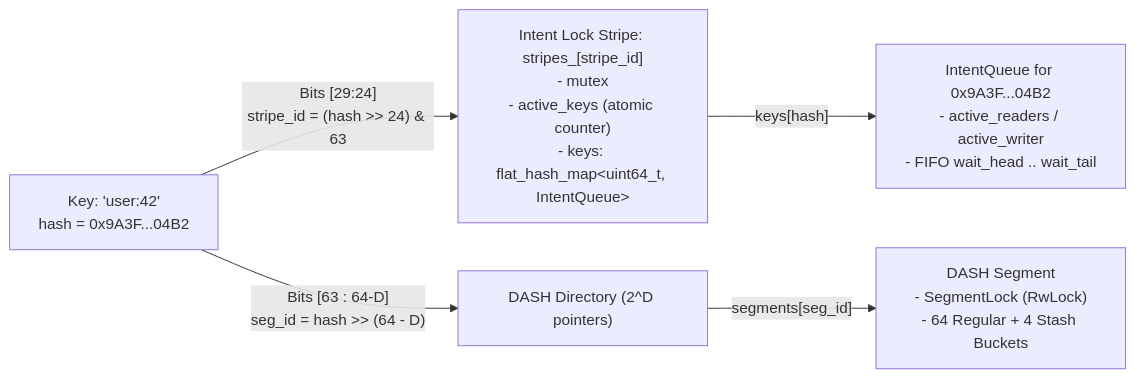
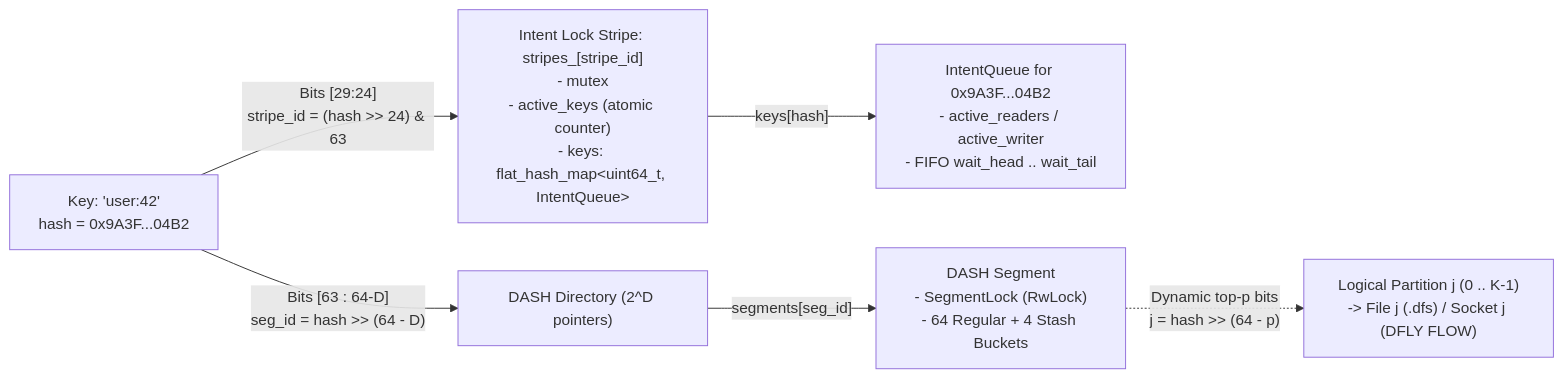
Before and after one commit to dragonflydb/dragonfly: the first of 10 diagrams in docs/share-everything-poc.md, drawn with Mermaid. The commit also changed other lines of this file, not shown here.

Commit message:
docs: add dynamic segment-based logical partitions for multi-file/socket sync

````diff
--- a/docs/share-everything-poc.md
+++ b/docs/share-everything-poc.md
@@ -33,9 +36,10 @@
 ```mermaid
 flowchart LR
     Key["Key: 'user:42'<br/>hash = 0x9A3F...04B2"]
     Key -->|"Bits [29:24]<br/>stripe_id = (hash >> 24) & 63"| Stripe["Intent Lock Stripe: stripes_[stripe_id]<br/>- mutex<br/>- active_keys (atomic counter)<br/>- keys: flat_hash_map&lt;uint64_t, IntentQueue&gt;"]
     Stripe -->|"keys[hash]"| IQ["IntentQueue for 0x9A3F...04B2<br/>- active_readers / active_writer<br/>- FIFO wait_head .. wait_tail"]
 
     Key -->|"Bits [63 : 64-D]<br/>seg_id = hash >> (64 - D)"| Dir["DASH Directory (2^D pointers)"]
     Dir -->|"segments[seg_id]"| Seg["DASH Segment<br/>- SegmentLock (RwLock)<br/>- 64 Regular + 4 Stash Buckets"]
+    Seg -.->|"Dynamic top-p bits<br/>j = hash >> (64 - p)"| Part["Logical Partition j (0 .. K-1)<br/>-> File j (.dfs) / Socket j (DFLY FLOW)"]
 ```
````
